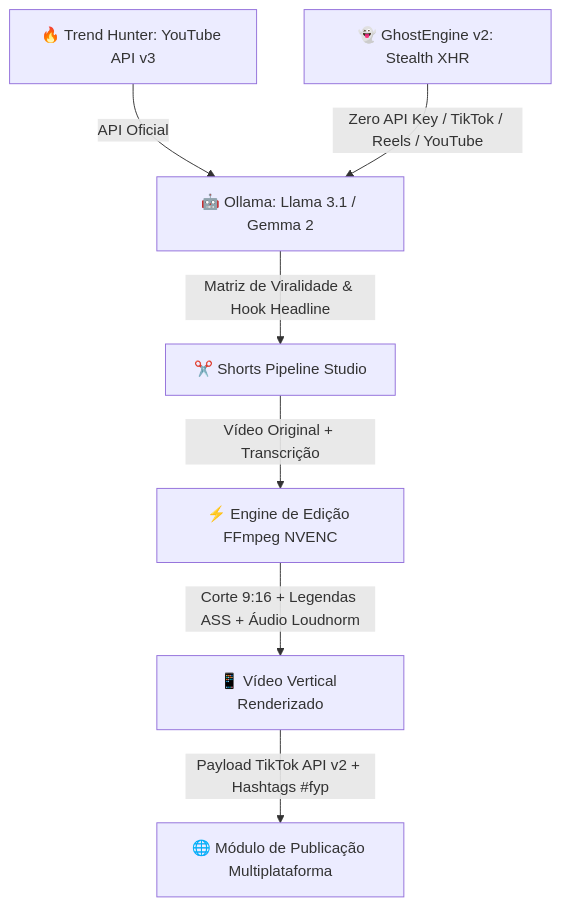
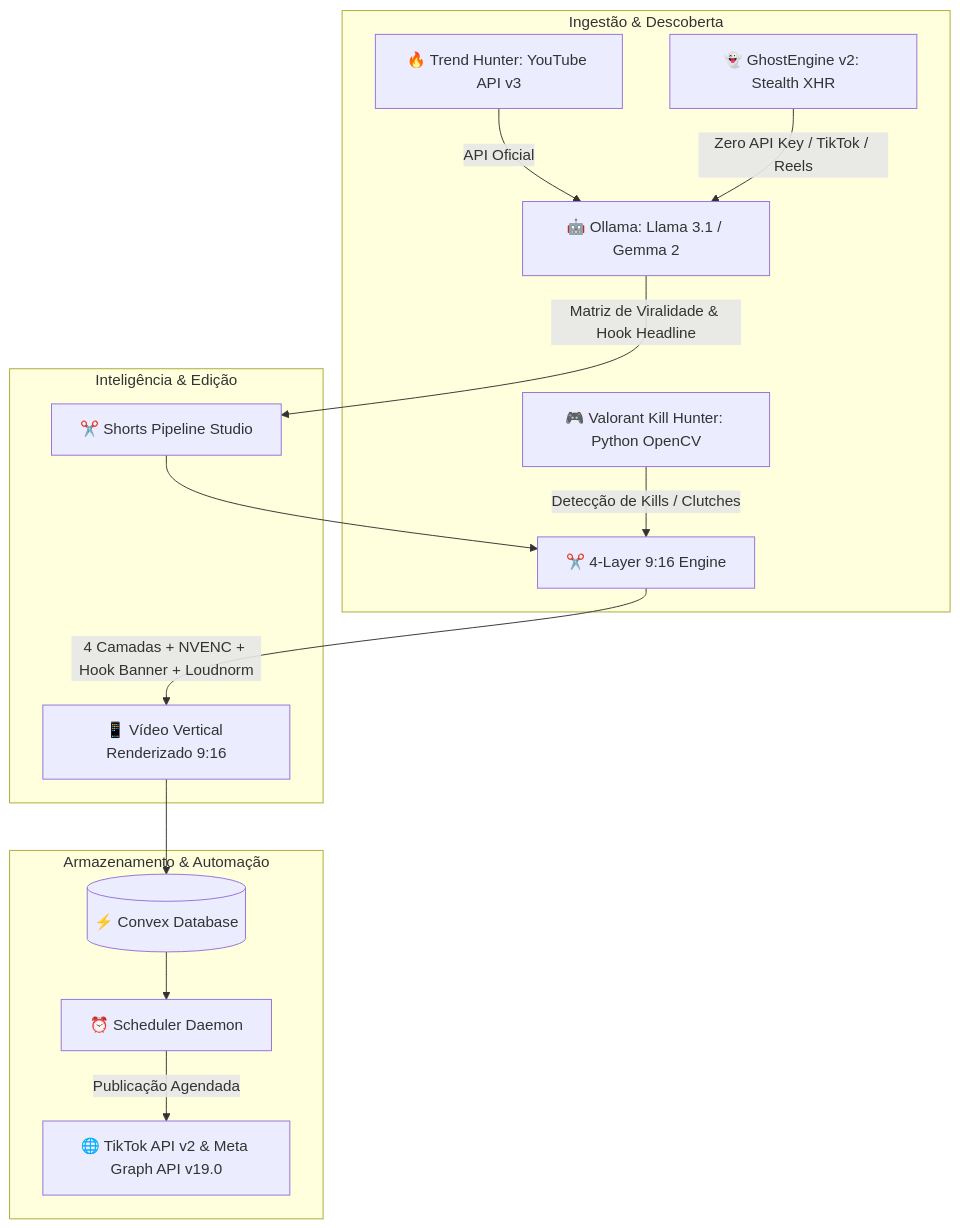
Before and after one commit to Emanuel565/limbo-ai: the diagram in README.md, drawn with Mermaid. The commit also changed other lines of this file and 184 other files, not shown here.

Commit message:
feat: add Valorant editing tools, API routes, and browser profile support

````diff
--- a/README.md
+++ b/README.md
@@ -13,9 +13,20 @@
 ```mermaid
 flowchart TD
-    A1[🔥 Trend Hunter: YouTube API v3] -->|API Oficial| B[🤖 Ollama: Llama 3.1 / Gemma 2]
-    A2[👻 GhostEngine v2: Stealth XHR] -->|Zero API Key / TikTok / Reels / YouTube| B
-    B -->|Matriz de Viralidade & Hook Headline| C[✂️ Shorts Pipeline Studio]
-    C -->|Vídeo Original + Transcrição| D[⚡ Engine de Edição FFmpeg NVENC]
-    D -->|Corte 9:16 + Legendas ASS + Áudio Loudnorm| E[📱 Vídeo Vertical Renderizado]
-    E -->|Payload TikTok API v2 + Hashtags #fyp| F[🌐 Módulo de Publicação Multiplataforma]
+    subgraph Ingestão & Descoberta
+        A1[🔥 Trend Hunter: YouTube API v3] -->|API Oficial| B[🤖 Ollama: Llama 3.1 / Gemma 2]
+        A2[👻 GhostEngine v2: Stealth XHR] -->|Zero API Key / TikTok / Reels| B
+        A3[🎮 Valorant Kill Hunter: Python OpenCV] -->|Detecção de Kills / Clutches| G[✂️ 4-Layer 9:16 Engine]
+    end
+
+    subgraph Inteligência & Edição
+        B -->|Matriz de Viralidade & Hook Headline| C[✂️ Shorts Pipeline Studio]
+        C --> G
+        G -->|4 Camadas + NVENC + Hook Banner + Loudnorm| E[📱 Vídeo Vertical Renderizado 9:16]
+    end
+
+    subgraph Armazenamento & Automação
+        E --> H[(⚡ Convex Database)]
+        H --> I[⏰ Scheduler Daemon]
+        I -->|Publicação Agendada| F[🌐 TikTok API v2 & Meta Graph API v19.0]
+    end
 ```
````
